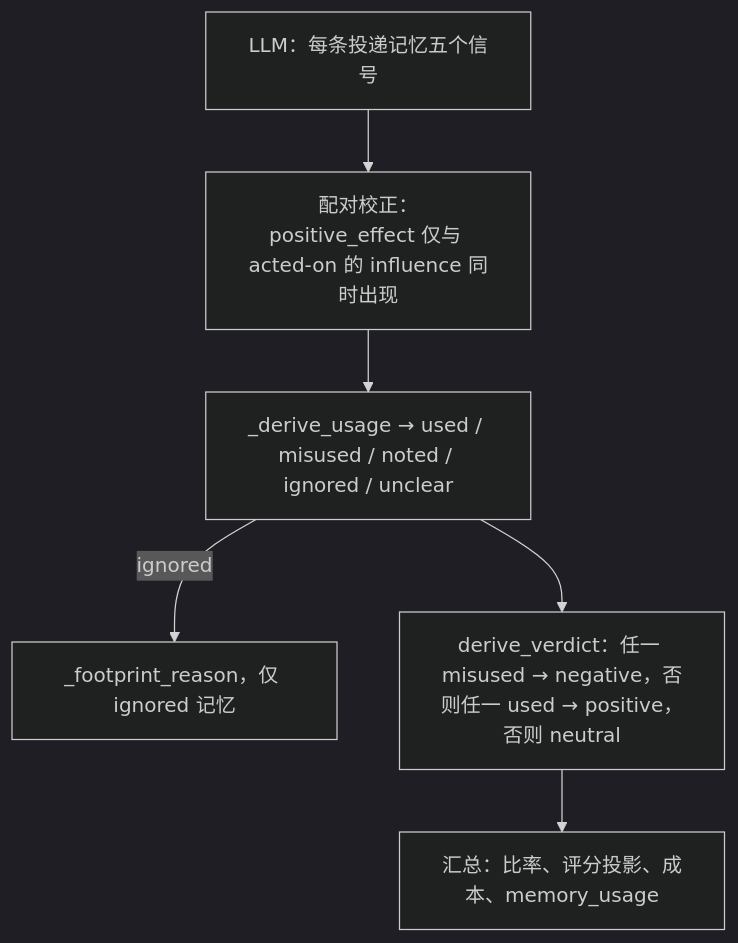
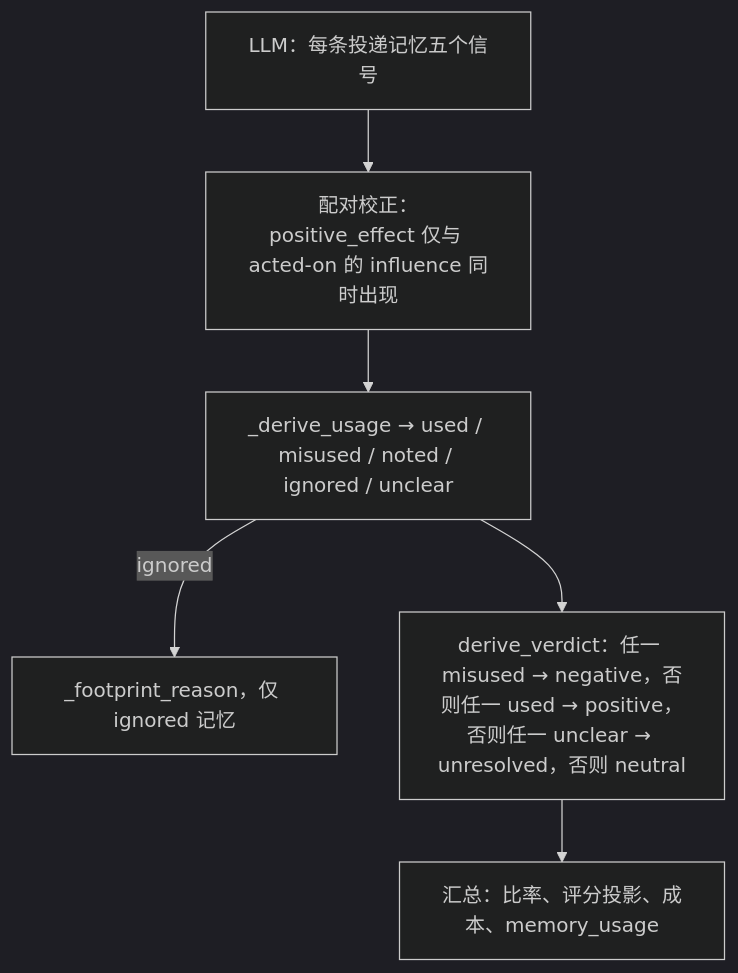
Before and after one commit to ChangranXU/mem-use: the diagram in doc/zh-CN/verdict-derivation.md, drawn with Mermaid (dark theme). The commit also changed other lines of this file and 45 other files, not shown here.

First line of the commit message:
feat: add unresolved verdict and --episode filtering

````diff
--- a/doc/zh-CN/verdict-derivation.md
+++ b/doc/zh-CN/verdict-derivation.md
@@ -14,12 +14,12 @@
 ```mermaid
 flowchart TD
     llm["LLM：每条投递记忆五个信号"]
     pair["配对校正：positive_effect 仅与 acted-on 的 influence 同时出现"]
     usage["_derive_usage → used / misused / noted / ignored / unclear"]
     reason["_footprint_reason，仅 ignored 记忆"]
-    verdict["derive_verdict：任一 misused → negative，否则任一 used → positive，否则 neutral"]
+    verdict["derive_verdict：任一 misused → negative，否则任一 used → positive，否则任一 unclear → unresolved，否则 neutral"]
     agg["汇总：比率、评分投影、成本、memory_usage"]
     llm --> pair --> usage
     usage -->|ignored| reason
     usage --> verdict --> agg
 ```
````
